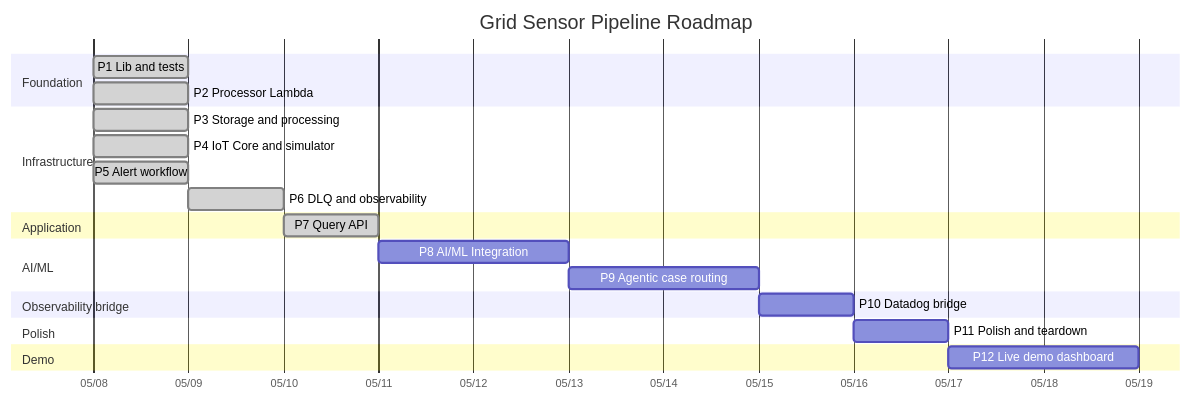
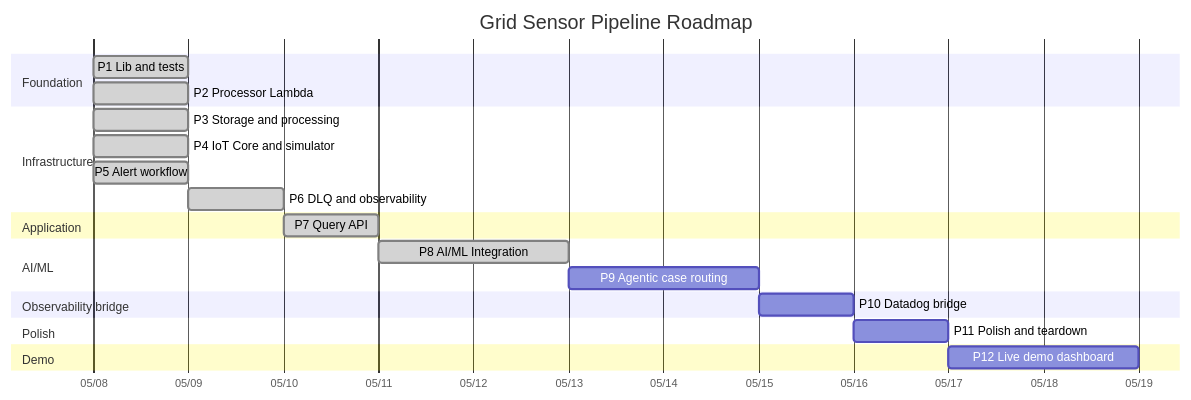
The diagram in ROADMAP.md (amusto/Grid-Sensor-Pipeline), drawn with Mermaid before and after one commit. The commit also changed other lines of this file and 6 other files, not shown here.

````diff
--- a/ROADMAP.md
+++ b/ROADMAP.md
@@ -74,25 +74,25 @@
 ```mermaid
 gantt
     title Grid Sensor Pipeline Roadmap
     dateFormat YYYY-MM-DD
     axisFormat %m/%d
     section Foundation
     P1 Lib and tests              :done,   p1, 2026-05-08, 1d
     P2 Processor Lambda           :done,   p2, 2026-05-08, 1d
     section Infrastructure
     P3 Storage and processing     :done,   p3, 2026-05-08, 1d
     P4 IoT Core and simulator     :done,   p4, 2026-05-08, 1d
     P5 Alert workflow             :done,   p5, 2026-05-08, 1d
     P6 DLQ and observability      :done,   p6, 2026-05-09, 1d
     section Application
     P7 Query API                  :done,   p7, after p6, 1d
     section AI/ML
-    P8 AI/ML Integration          :        p8, after p7, 2d
+    P8 AI/ML Integration          :done,   p8, after p7, 2d
     P9 Agentic case routing       :        p9, after p8, 2d
     section Observability bridge
     P10 Datadog bridge            :        p10, after p9, 1d
     section Polish
     P11 Polish and teardown       :        p11, after p10, 1d
     section Demo
     P12 Live demo dashboard       :        p12, after p11, 2d
 ```
````
